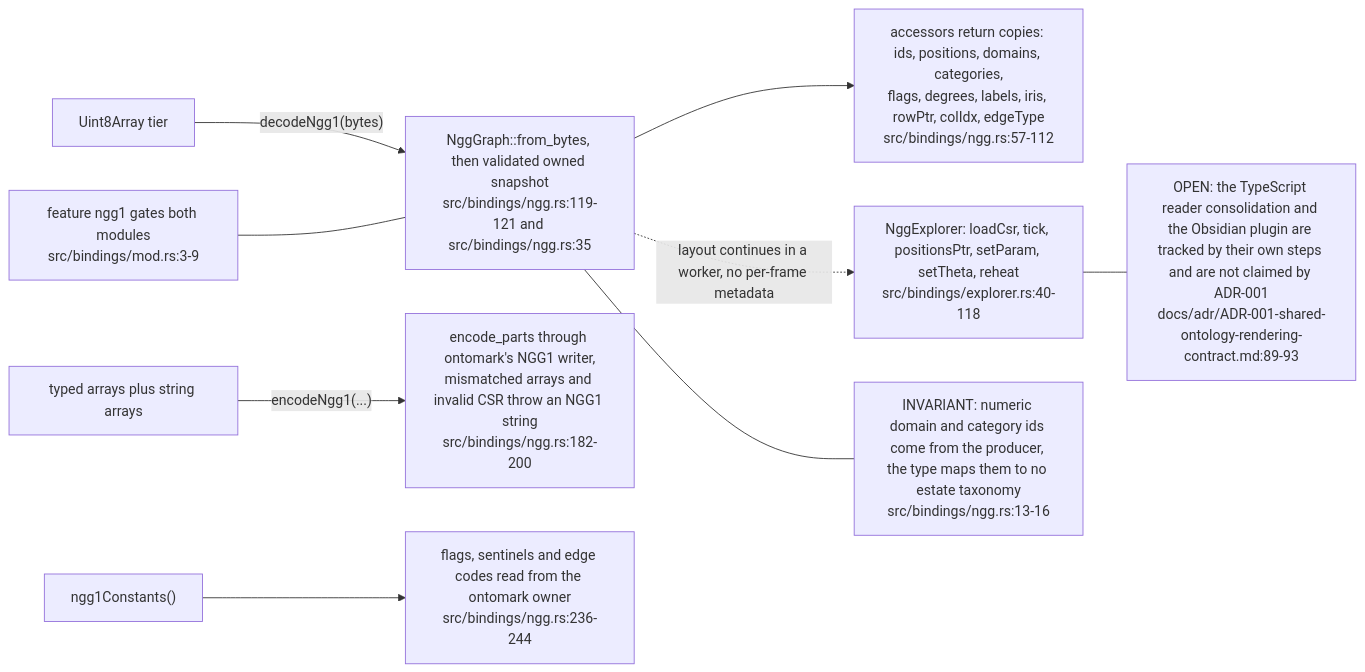
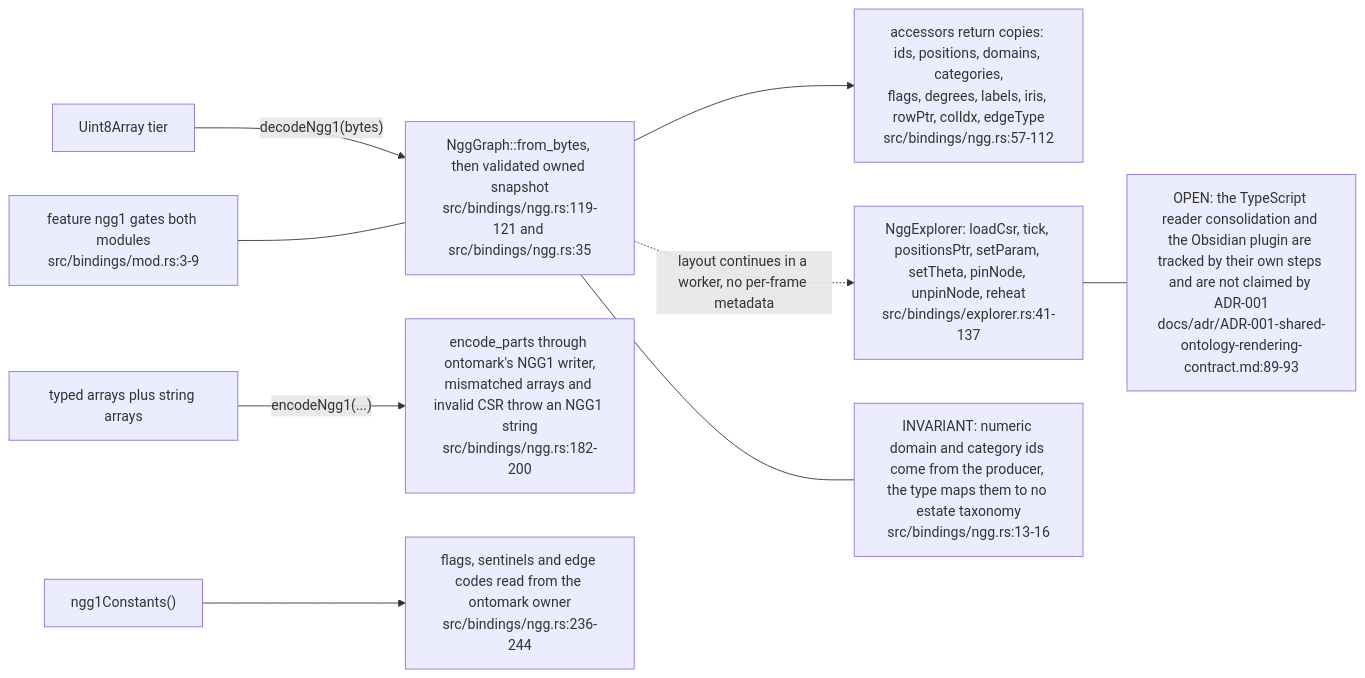
Before and after one commit to DreamLab-AI/VisionFlow: the seventh of 7 diagrams in docs/diagrams/vowl-wasm/04-js-api-examples-and-consumers.md, drawn with Mermaid. The commit also changed other lines of this file and 151 other files, not shown here.

````diff
--- a/docs/diagrams/vowl-wasm/04-js-api-examples-and-consumers.md
+++ b/docs/diagrams/vowl-wasm/04-js-api-examples-and-consumers.md
@@ -125,13 +127,13 @@
 ```mermaid
 flowchart LR
     BYTES["Uint8Array tier"] -->|"decodeNgg1(bytes)"| DEC["NggGraph::from_bytes, then validated owned snapshot<br/>src/bindings/ngg.rs:119-121 and src/bindings/ngg.rs:35"]
     DEC --> GET["accessors return copies: ids, positions, domains, categories,<br/>flags, degrees, labels, iris, rowPtr, colIdx, edgeType<br/>src/bindings/ngg.rs:57-112"]
     FIELDS["typed arrays plus string arrays"] -->|"encodeNgg1(...)"| ENC["encode_parts through ontomark's NGG1 writer,<br/>mismatched arrays and invalid CSR throw an NGG1 string<br/>src/bindings/ngg.rs:182-200"]
     CONST["ngg1Constants()"] --> OWN["flags, sentinels and edge codes read from the ontomark owner<br/>src/bindings/ngg.rs:236-244"]
-    DEC -. "layout continues in a worker, no per-frame metadata" .-> EXP["NggExplorer: loadCsr, tick, positionsPtr, setParam, setTheta, reheat<br/>src/bindings/explorer.rs:40-118"]
+    DEC -. "layout continues in a worker, no per-frame metadata" .-> EXP["NggExplorer: loadCsr, tick, positionsPtr, setParam, setTheta, pinNode, unpinNode, reheat<br/>src/bindings/explorer.rs:41-137"]
     GATE["feature ngg1 gates both modules<br/>src/bindings/mod.rs:3-9"] --- DEC
     N1["INVARIANT: numeric domain and category ids come from the producer, the type maps them to no estate taxonomy<br/>src/bindings/ngg.rs:13-16"]
     N2["OPEN: the TypeScript reader consolidation and the Obsidian plugin are tracked by their own steps and are not claimed by ADR-001<br/>docs/adr/ADR-001-shared-ontology-rendering-contract.md:89-93"]
     DEC --- N1
     EXP --- N2
 ```
````
